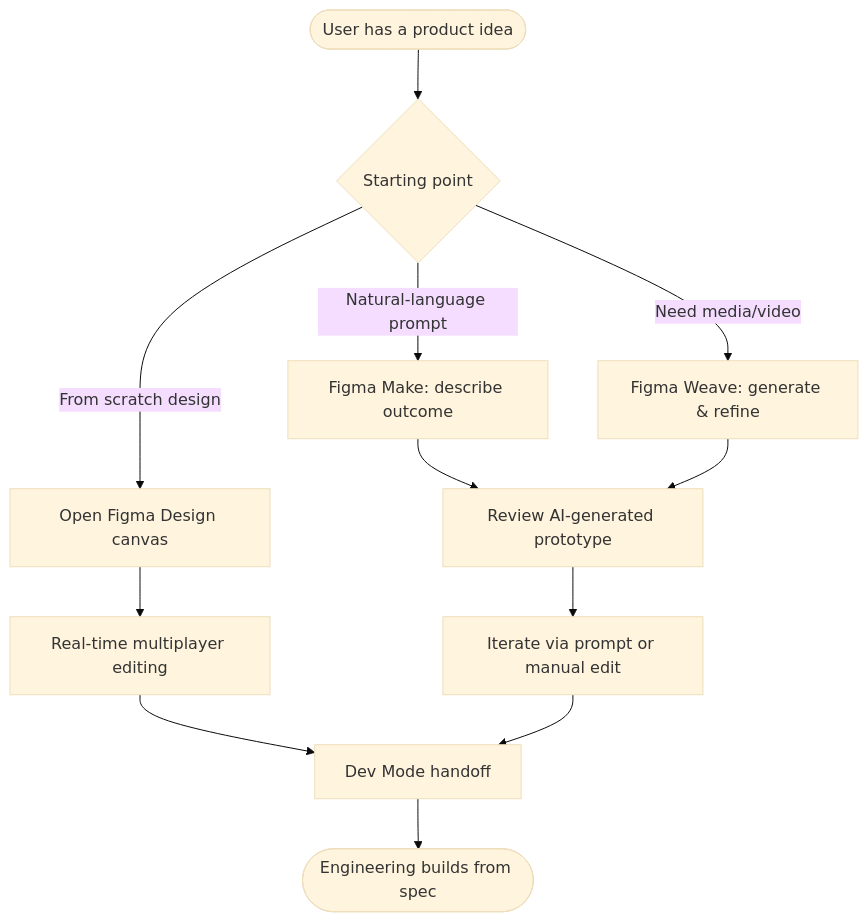
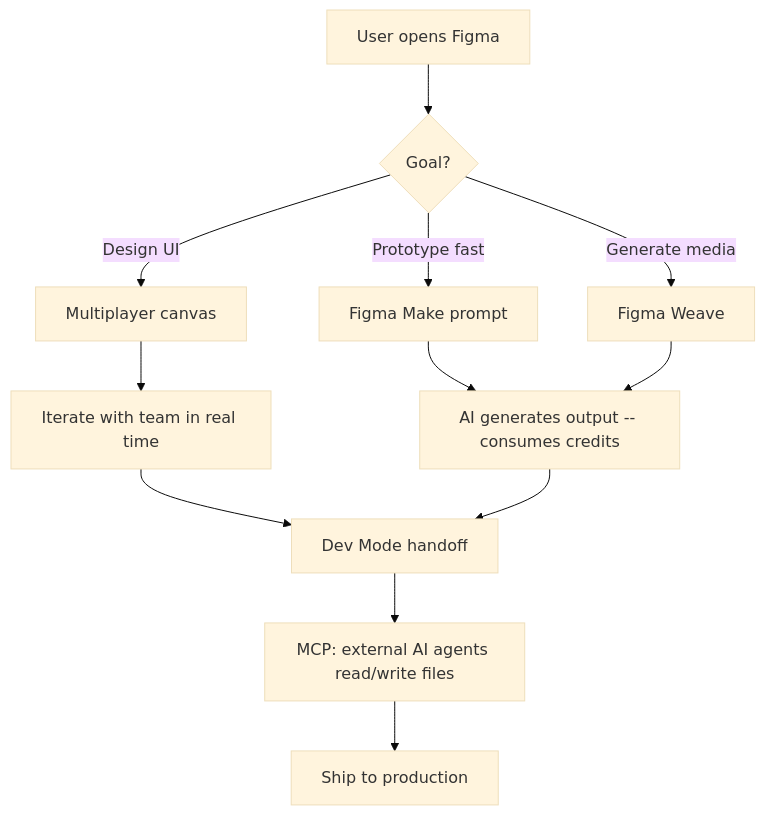
Before and after one commit to gaurav-product/product-management-case-studies: the third of 6 diagrams in Case Studies/Day-17-Figma/README.md, drawn with Mermaid (base theme). The commit also changed other lines of this file, not shown here.

````diff
--- a/Case Studies/Day-17-Figma/README.md
+++ b/Case Studies/Day-17-Figma/README.md
@@ -356,14 +366,14 @@
 ```mermaid
 flowchart TD
-    Start([User has a product idea]) --> Type{Starting point}
-    Type -->|From scratch design| Canvas[Open Figma Design canvas]
-    Type -->|Natural-language prompt| Make[Figma Make: describe outcome]
-    Type -->|Need media/video| Weave[Figma Weave: generate & refine]
-    Canvas --> Collab[Real-time multiplayer editing]
-    Make --> Review[Review AI-generated prototype]
-    Weave --> Review
-    Collab --> DevMode[Dev Mode handoff]
-    Review --> Iterate[Iterate via prompt or manual edit]
-    Iterate --> DevMode
-    DevMode --> Ship([Engineering builds from spec])
+    A[User opens Figma] --> B{Goal?}
+    B -->|Design UI| C[Multiplayer canvas]
+    B -->|Prototype fast| D[Figma Make prompt]
+    B -->|Generate media| E[Figma Weave]
+    C --> F[Iterate with team in real time]
+    D --> G[AI generates output -- consumes credits]
+    E --> G
+    F --> H[Dev Mode handoff]
+    G --> H
+    H --> I[MCP: external AI agents read/write files]
+    I --> J[Ship to production]
 ```
````
